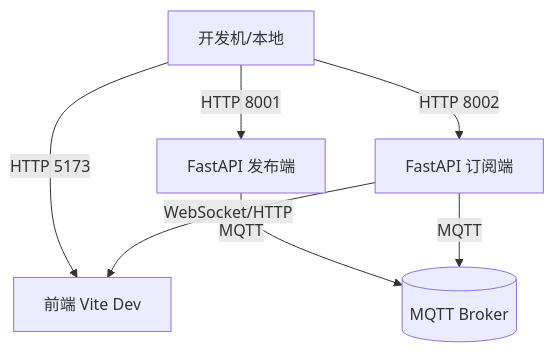
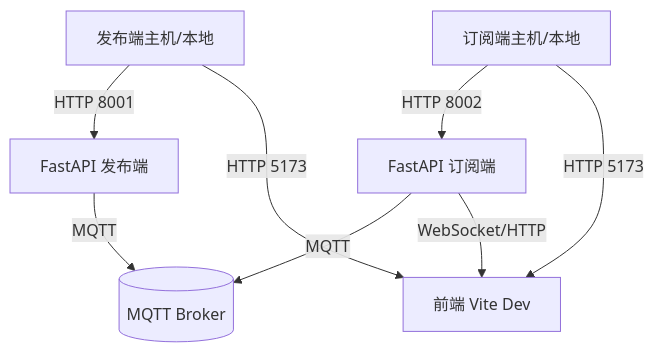
The first of 2 diagrams in PROJECT_DOCUMENT.md (Alian-yy/IoT_Final_Project_TJ), drawn with Mermaid before and after one commit.

Commit message:
Update PROJECT_DOCUMENT.md
修改部署图

````diff
--- a/PROJECT_DOCUMENT.md
+++ b/PROJECT_DOCUMENT.md
@@ -418,9 +418,10 @@
 ```mermaid
 graph TD
-  DevPC[开发机/本地] -->|HTTP 5173| FE[前端 Vite Dev]
-  DevPC -->|HTTP 8001| PUB[FastAPI 发布端]
-  DevPC -->|HTTP 8002| SUB[FastAPI 订阅端]
+  PubHost[发布端主机/本地] -->|HTTP 8001| PUB[FastAPI 发布端]
+  SubHost[订阅端主机/本地] -->|HTTP 8002| SUB[FastAPI 订阅端]
+  SubHost -->|HTTP 5173| FE[前端 Vite Dev]
+  PubHost -->|HTTP 5173| FE
   PUB -->|MQTT| Broker[(MQTT Broker)]
   SUB -->|MQTT| Broker
   SUB -->|WebSocket/HTTP| FE
 ```
````
